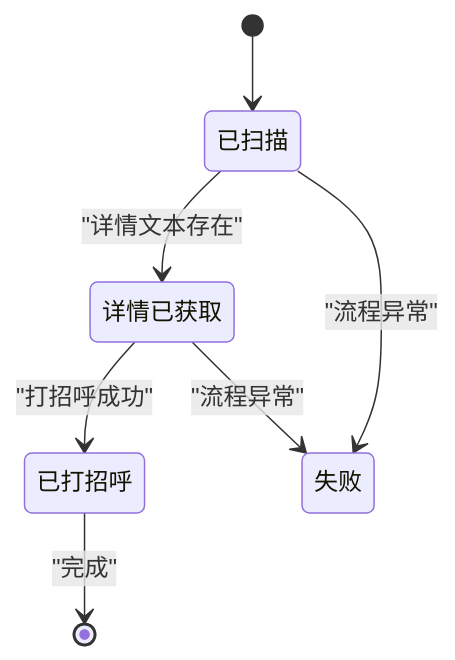
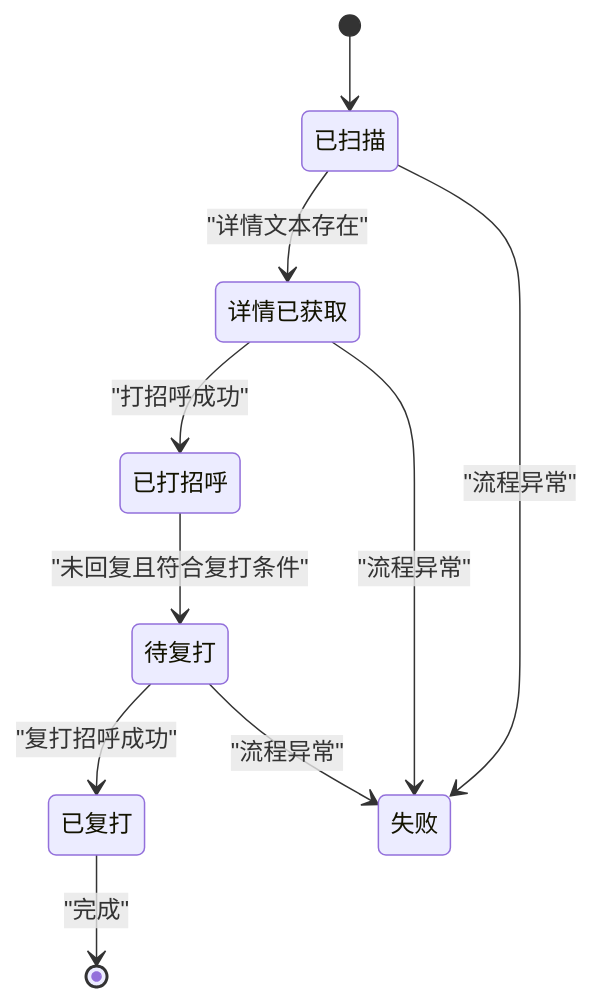
One commit to alvinwangzi/goodhr changed the seventh of 8 diagrams in .qoder/repowiki/zh/content/云端后端服务/候选人处理系统/候选人处理系统.md. Above: the diagram before and after it, drawn with Mermaid. The commit also changed other lines of this file and 91 other files, not shown here.

````diff
--- a/.qoder/repowiki/zh/content/云端后端服务/候选人处理系统/候选人处理系统.md
+++ b/.qoder/repowiki/zh/content/云端后端服务/候选人处理系统/候选人处理系统.md
@@ -273,9 +363,12 @@
 ```mermaid
 stateDiagram-v2
 [*] --> 已扫描
 已扫描 --> 详情已获取 : "详情文本存在"
 详情已获取 --> 已打招呼 : "打招呼成功"
+已打招呼 --> 待复打 : "未回复且符合复打条件"
+待复打 --> 已复打 : "复打招呼成功"
 已扫描 --> 失败 : "流程异常"
 详情已获取 --> 失败 : "流程异常"
-已打招呼 --> [*] : "完成"
+待复打 --> 失败 : "流程异常"
+已复打 --> [*] : "完成"
 ```
````
